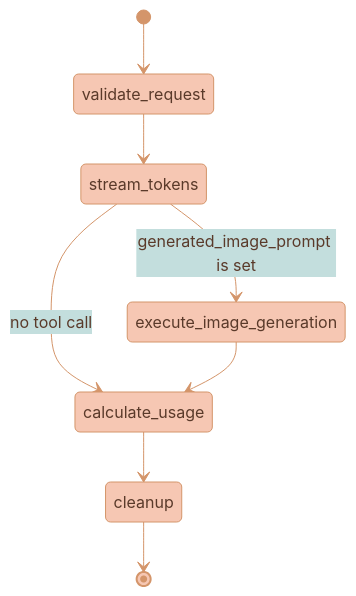
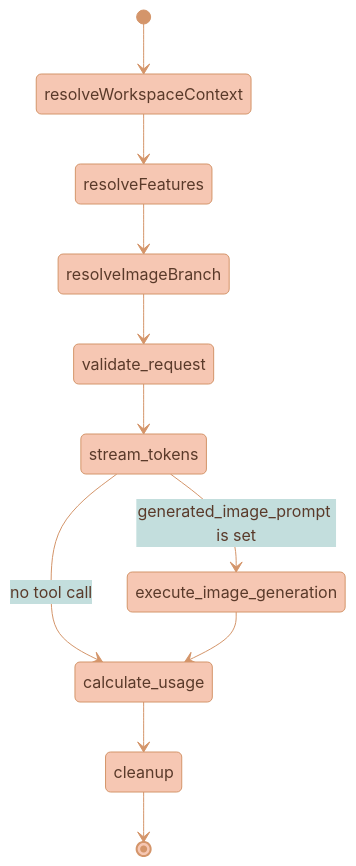
One commit to Lixpi/lixpi changed the second of 3 diagrams in documentation/features/IMAGE-GENERATION.md. Above: the diagram before and after it, drawn with Mermaid. The commit also changed other lines of this file and 36 other files, not shown here.

````diff
--- a/documentation/features/IMAGE-GENERATION.md
+++ b/documentation/features/IMAGE-GENERATION.md
@@ -87,14 +95,17 @@
 ```mermaid
 %%{init: {'theme': 'base', 'themeVariables': { 'primaryColor': '#F6C7B3', 'primaryTextColor': '#5a3a2a', 'primaryBorderColor': '#d4956a', 'secondaryColor': '#C3DEDD', 'secondaryTextColor': '#1a3a47', 'secondaryBorderColor': '#4a8a9d', 'tertiaryColor': '#DCECE9', 'tertiaryTextColor': '#1a3a47', 'tertiaryBorderColor': '#82B2C0', 'lineColor': '#d4956a', 'textColor': '#5a3a2a'}}}%%
 stateDiagram-v2
-    [*] --> validate_request
+    [*] --> resolveWorkspaceContext
+    resolveWorkspaceContext --> resolveFeatures
+    resolveFeatures --> resolveImageBranch
+    resolveImageBranch --> validate_request
     validate_request --> stream_tokens
 
     stream_tokens --> execute_image_generation: generated_image_prompt is set
     stream_tokens --> calculate_usage: no tool call
 
     execute_image_generation --> calculate_usage
 
     calculate_usage --> cleanup
     cleanup --> [*]
 ```
````
